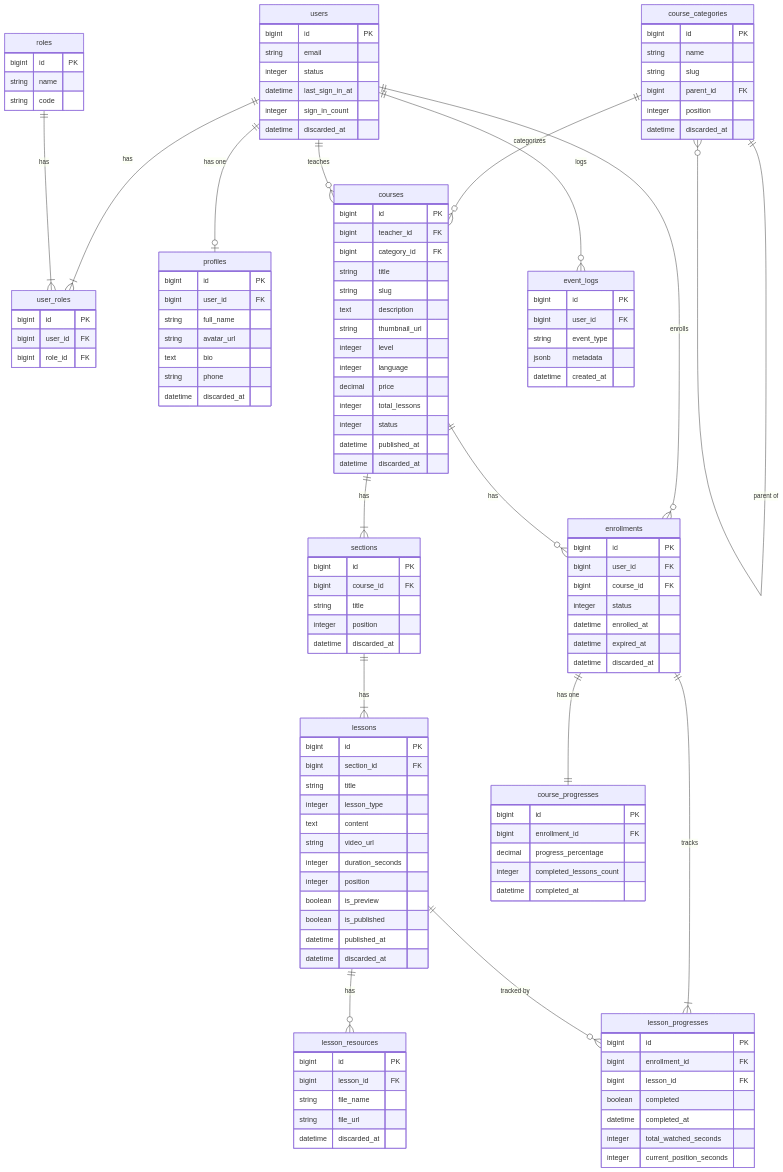
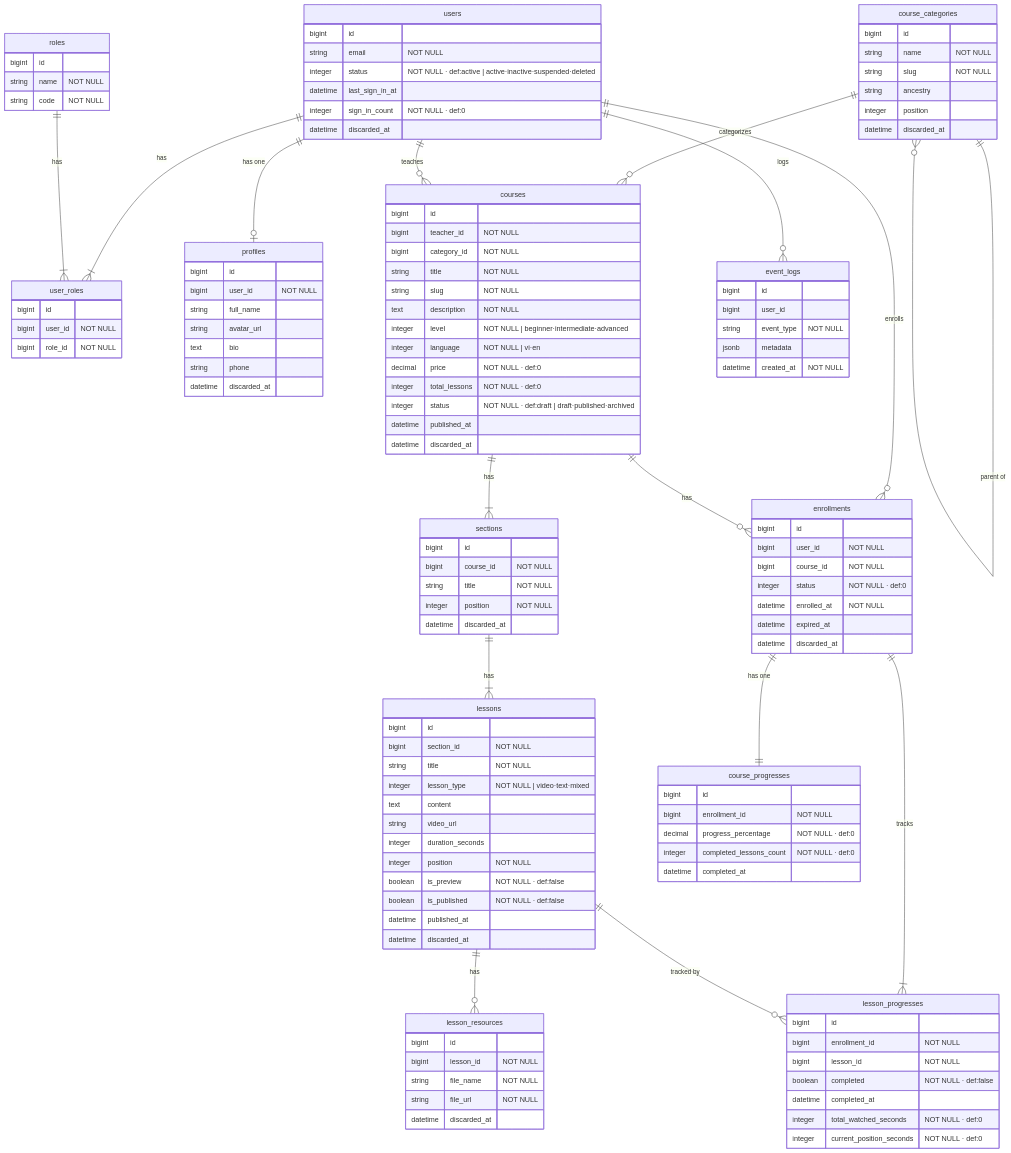
The diagram in specs/erd-diagram-phase1.md (nxhung2304/elearning), drawn with Mermaid before and after one commit. The commit also changed other lines of this file and 3 other files, not shown here.

````diff
--- a/specs/erd-diagram-phase1.md
+++ b/specs/erd-diagram-phase1.md
@@ -13,29 +13,29 @@
 ```mermaid
 erDiagram
     users {
-        bigint id PK
-        string email
-        integer status
+        bigint id
+        string email "NOT NULL"
+        integer status "NOT NULL · def:active | active·inactive·suspended·deleted"
         datetime last_sign_in_at
-        integer sign_in_count
+        integer sign_in_count "NOT NULL · def:0"
         datetime discarded_at
     }
 
     roles {
-        bigint id PK
-        string name
-        string code
+        bigint id
+        string name "NOT NULL"
+        string code "NOT NULL"
     }
 
     user_roles {
-        bigint id PK
-        bigint user_id FK
-        bigint role_id FK
+        bigint id
+        bigint user_id "NOT NULL"
+        bigint role_id "NOT NULL"
     }
 
     profiles {
-        bigint id PK
-        bigint user_id FK
+        bigint id
+        bigint user_id "NOT NULL"
         string full_name
         string avatar_url
         text bio
@@ -44,96 +44,95 @@
     }
 
     course_categories {
-        bigint id PK
-        string name
-        string slug
-        bigint parent_id FK
+        bigint id
+        string name "NOT NULL"
+        string slug "NOT NULL"
+        string ancestry
         integer position
         datetime discarded_at
     }
 
     courses {
-        bigint id PK
-        bigint teacher_id FK
-        bigint category_id FK
-        string title
-        string slug
-        text description
-        string thumbnail_url
-        integer level
-        integer language
-        decimal price
-        integer total_lessons
-        integer status
+        bigint id
+        bigint teacher_id "NOT NULL"
+        bigint category_id "NOT NULL"
+        string title "NOT NULL"
+        string slug "NOT NULL"
+        text description "NOT NULL"
+        integer level "NOT NULL | beginner·intermediate·advanced"
+        integer language "NOT NULL | vi·en"
+        decimal price "NOT NULL · def:0"
+        integer total_lessons "NOT NULL · def:0"
+        integer status "NOT NULL · def:draft | draft·published·archived"
         datetime published_at
         datetime discarded_at
     }
 
     sections {
-        bigint id PK
-        bigint course_id FK
-        string title
-        integer position
+        bigint id
+        bigint course_id "NOT NULL"
+        string title "NOT NULL"
+        integer position "NOT NULL"
         datetime discarded_at
     }
 
     lessons {
-        bigint id PK
-        bigint section_id FK
-        string title
-        integer lesson_type
+        bigint id
+        bigint section_id "NOT NULL"
+        string title "NOT NULL"
+        integer lesson_type "NOT NULL | video·text·mixed"
         text content
         string video_url
         integer duration_seconds
-        integer position
-        boolean is_preview
-        boolean is_published
+        integer position "NOT NULL"
+        boolean is_preview "NOT NULL · def:false"
+        boolean is_published "NOT NULL · def:false"
         datetime published_at
         datetime discarded_at
     }
 
     lesson_resources {
-        bigint id PK
-        bigint lesson_id FK
-        string file_name
-        string file_url
+        bigint id
+        bigint lesson_id "NOT NULL"
+        string file_name "NOT NULL"
+        string file_url "NOT NULL"
         datetime discarded_at
     }
 
     enrollments {
-        bigint id PK
-        bigint user_id FK
-        bigint course_id FK
-        integer status
-        datetime enrolled_at
+        bigint id
+        bigint user_id "NOT NULL"
+        bigint course_id "NOT NULL"
+        integer status "NOT NULL · def:0"
+        datetime enrolled_at "NOT NULL"
         datetime expired_at
         datetime discarded_at
     }
 
     lesson_progresses {
-        bigint id PK
-        bigint enrollment_id FK
-        bigint lesson_id FK
-        boolean completed
+        bigint id
+        bigint enrollment_id "NOT NULL"
+        bigint lesson_id "NOT NULL"
+        boolean completed "NOT NULL · def:false"
         datetime completed_at
-        integer total_watched_seconds
-        integer current_position_seconds
+        integer total_watched_seconds "NOT NULL · def:0"
+        integer current_position_seconds "NOT NULL · def:0"
     }
 
     course_progresses {
-        bigint id PK
-        bigint enrollment_id FK
-        decimal progress_percentage
-        integer completed_lessons_count
+        bigint id
+        bigint enrollment_id "NOT NULL"
+        decimal progress_percentage "NOT NULL · def:0"
+        integer completed_lessons_count "NOT NULL · def:0"
         datetime completed_at
     }
 
     event_logs {
-        bigint id PK
-        bigint user_id FK
-        string event_type
+        bigint id
+        bigint user_id
+        string event_type "NOT NULL"
         jsonb metadata
-        datetime created_at
+        datetime created_at "NOT NULL"
     }
 
     users ||--|{ user_roles : "has"
````
